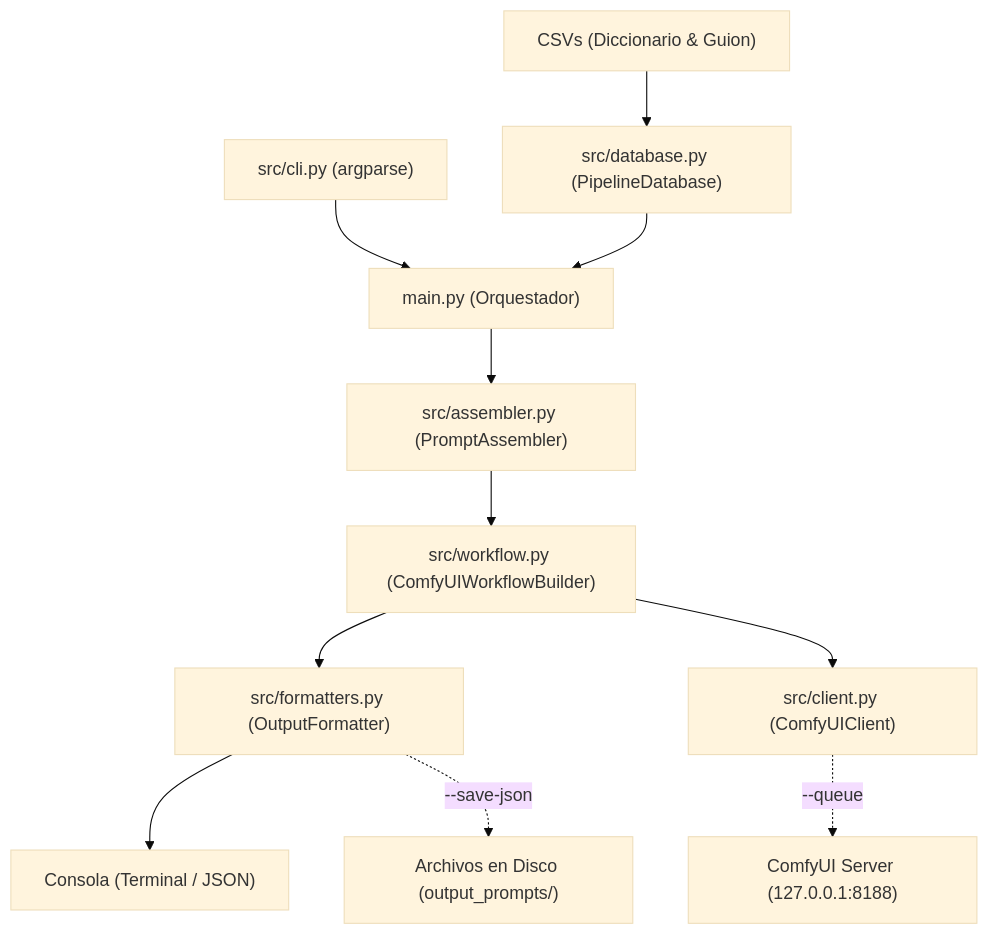
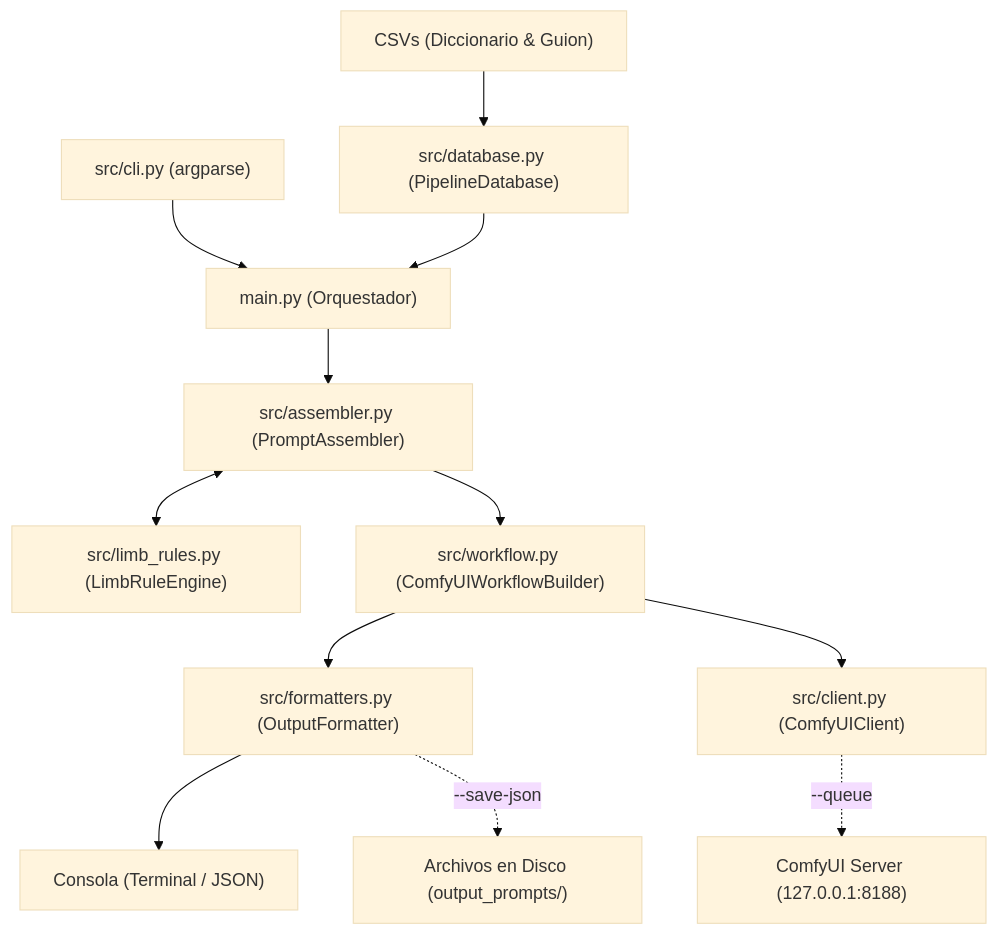
One commit to DarkNacho/Jeanne-Image-Generator changed the diagram in ARCHITECTURE.md. Above: the diagram before and after it, drawn with Mermaid (base theme). The commit also changed other lines of this file and 12 other files, not shown here.

````diff
--- a/ARCHITECTURE.md
+++ b/ARCHITECTURE.md
@@ -28,13 +29,14 @@
 ```mermaid
 flowchart TD
     CLI["src/cli.py (argparse)"] --> Main["main.py (Orquestador)"]
     DB_CSV["CSVs (Diccionario & Guion)"] --> DB["src/database.py (PipelineDatabase)"]
     DB --> Main
     Main --> Asm["src/assembler.py (PromptAssembler)"]
+    Asm <--> Limb["src/limb_rules.py (LimbRuleEngine)"]
     Asm --> WF["src/workflow.py (ComfyUIWorkflowBuilder)"]
     WF --> Out["src/formatters.py (OutputFormatter)"]
     WF --> Client["src/client.py (ComfyUIClient)"]
     Out --> Terminal["Consola (Terminal / JSON)"]
     Out -.->|--save-json| Disk["Archivos en Disco (output_prompts/)"]
     Client -.->|--queue| Comfy["ComfyUI Server (127.0.0.1:8188)"]
 ```
````
